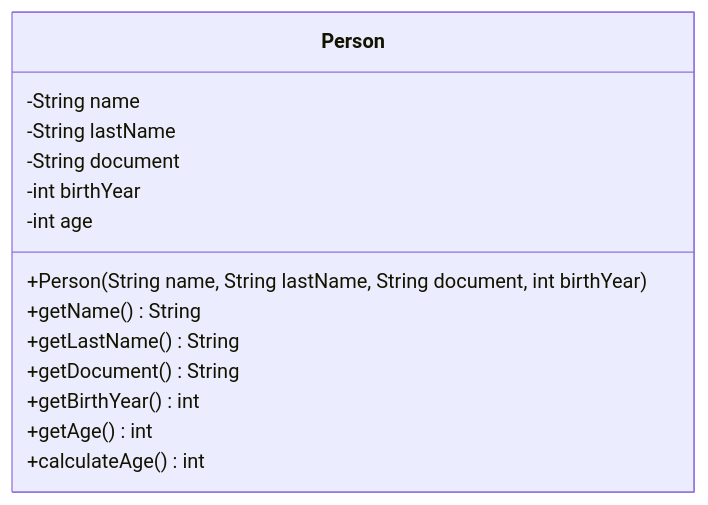
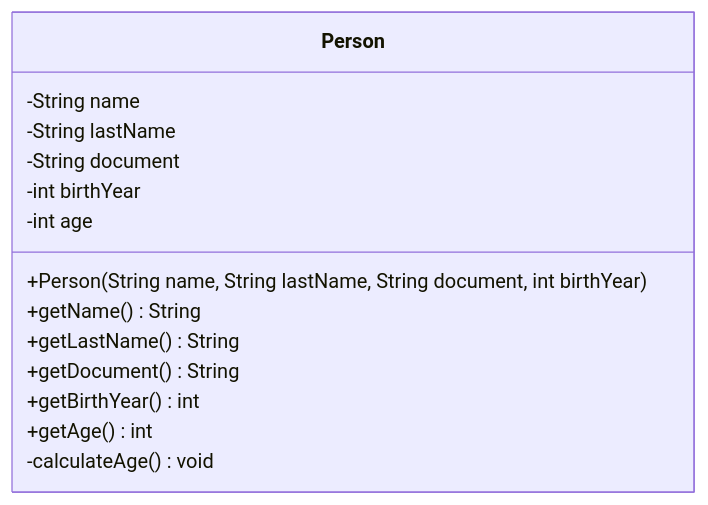
The diagram in README.md (Jennydev-25/person-model), drawn with Mermaid before and after one commit. The commit also changed other lines of this file and 3 other files, not shown here.

Commit message:
docs: update class diagram and testing evidence in readme

````diff
--- a/README.md
+++ b/README.md
@@ -80,17 +80,17 @@
 ```mermaid
 classDiagram
     class Person {
         -String name
         -String lastName
         -String document
         -int birthYear
         -int age
         +Person(String name, String lastName, String document, int birthYear)
         +getName() String
         +getLastName() String
         +getDocument() String
         +getBirthYear() int
         +getAge() int
-        +calculateAge() int
+        -calculateAge() void
     }
 ```
````
